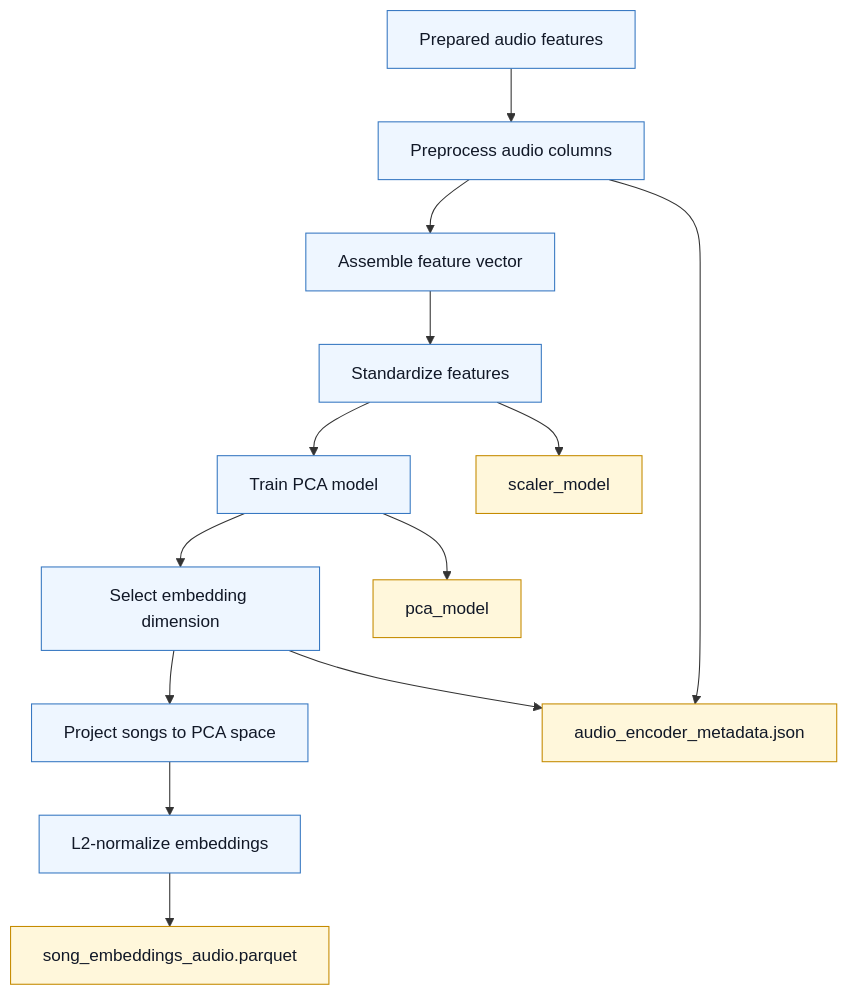
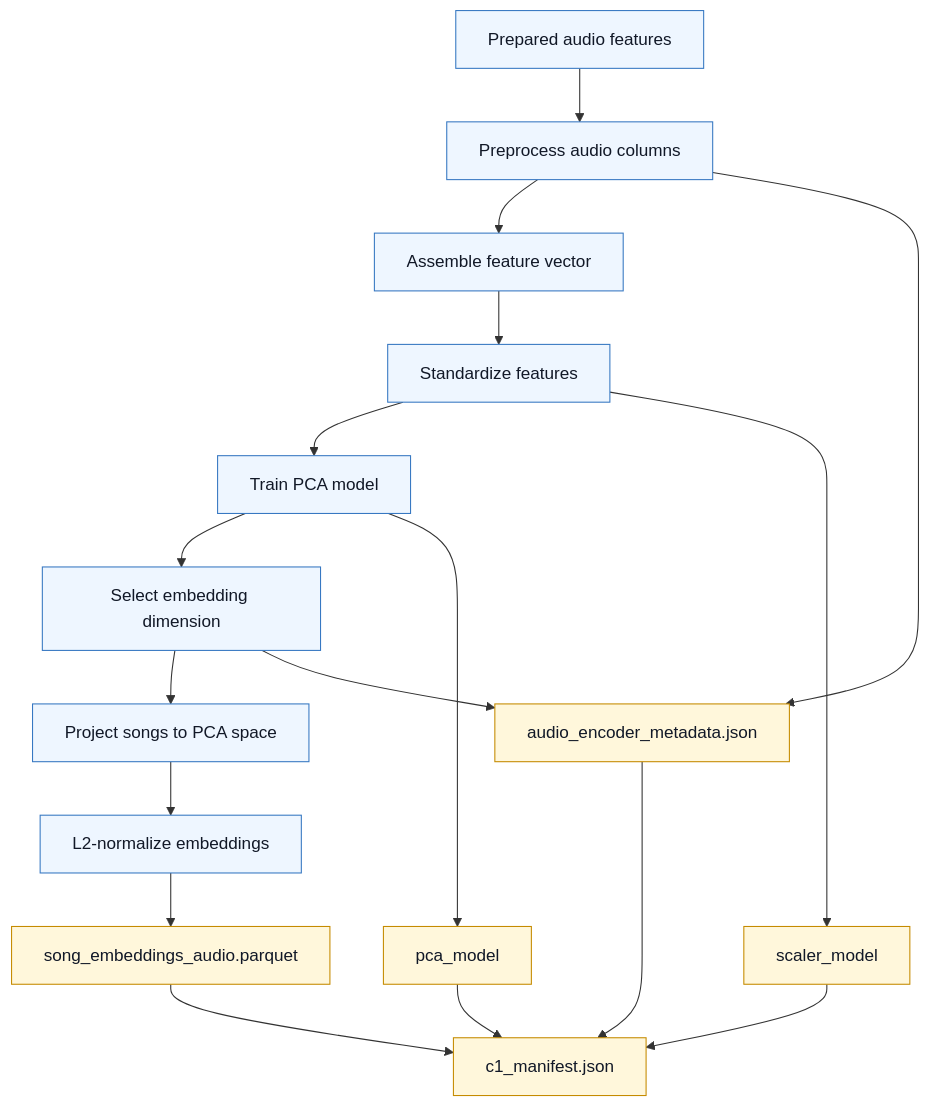
One commit to EggHeadYao/msd-intelligence changed the diagram in merlin/embedding/audio/docs/train_pca.md. Above: the diagram before and after it, drawn with Mermaid. The commit also changed other lines of this file, not shown here.

Commit message:
docs: describe C1 publish

````diff
--- a/merlin/embedding/audio/docs/train_pca.md
+++ b/merlin/embedding/audio/docs/train_pca.md
@@ -3,21 +3,25 @@
 ```mermaid
 flowchart TD
     A["Prepared audio features"] --> B["Preprocess audio columns"]
     B --> C["Assemble feature vector"]
     C --> D["Standardize features"]
     D --> E["Train PCA model"]
     E --> F["Select embedding dimension"]
     F --> G["Project songs to PCA space"]
     G --> H["L2-normalize embeddings"]
     H --> I["song_embeddings_audio.parquet"]
 
     E --> J["pca_model"]
     D --> K["scaler_model"]
     B --> L["audio_encoder_metadata.json"]
     F --> L
+    I --> M["c1_manifest.json"]
+    J --> M
+    K --> M
+    L --> M
 
     classDef main fill:#eef6ff,stroke:#3778c2,color:#111827;
     classDef output fill:#fff7db,stroke:#c58b00,color:#111827;
     class A,B,C,D,E,F,G,H main;
-    class I,J,K,L output;
+    class I,J,K,L,M output;
 ```
````
